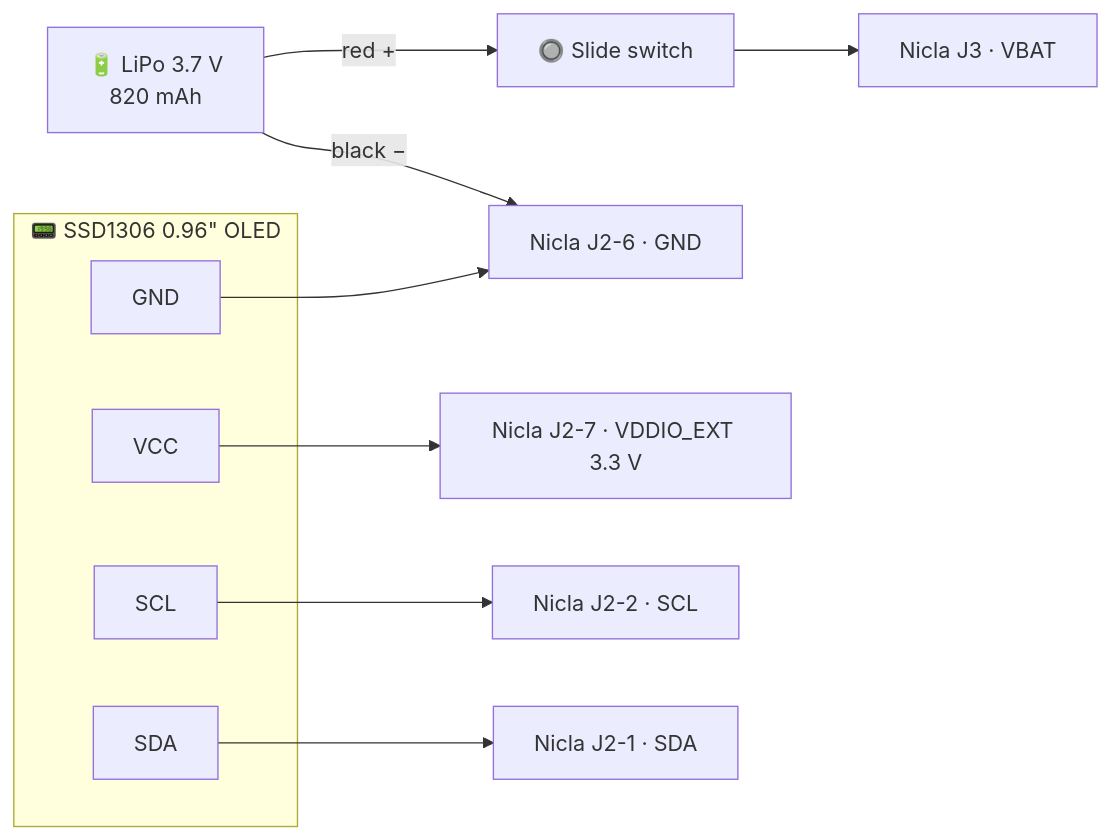
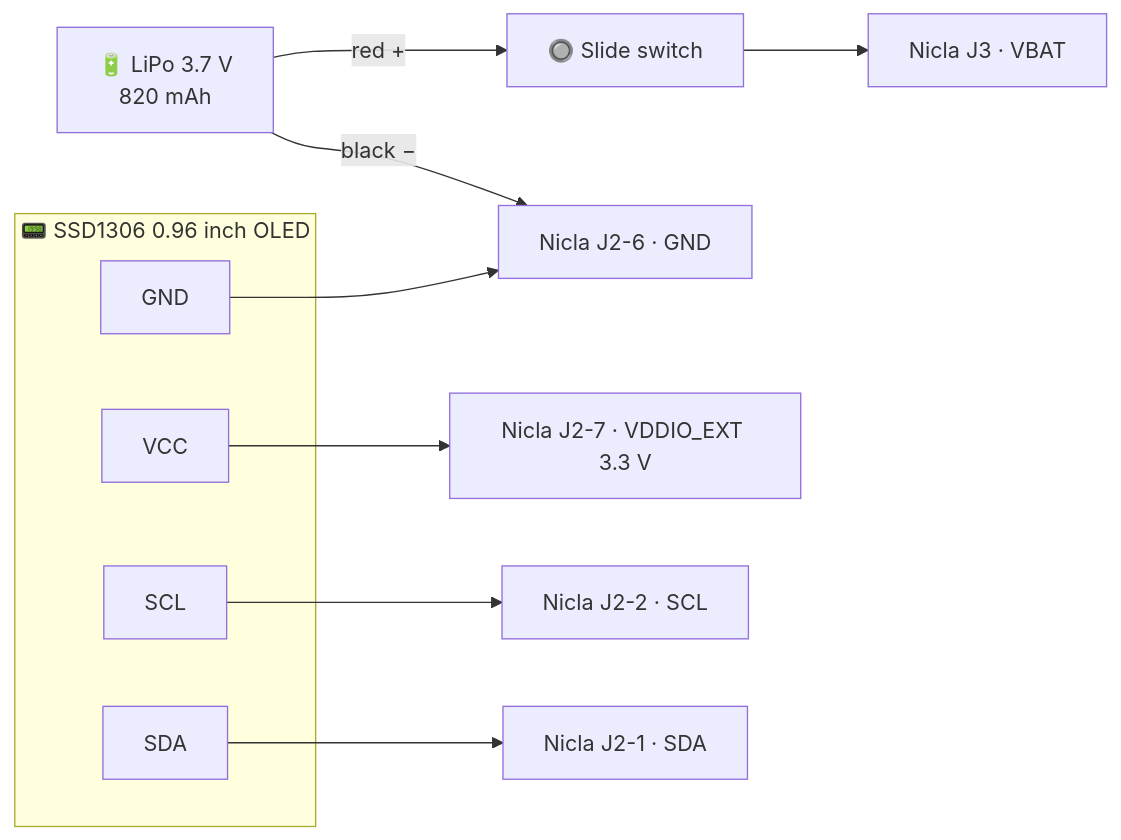
One commit to Mahinur26/Empath changed the second of 2 diagrams in README.md. Above: the diagram before and after it, drawn with Mermaid. The commit also changed other lines of this file and 4 other files, not shown here.

First line of the commit message:
Add the living brows logo to the camera page and glasses OLED, fix README wiring diagram

````diff
--- a/README.md
+++ b/README.md
@@ -122,13 +123,16 @@
 ```mermaid
 flowchart LR
     BAT["🔋 LiPo 3.7 V<br/>820 mAh"] -- red + --> SW["🔘 Slide switch"]
     SW --> VBAT["Nicla J3 · VBAT"]
     BAT -- black − --> GND["Nicla J2-6 · GND"]
-    subgraph OLED["📟 SSD1306 0.96&quot; OLED"]
-      VCC & OG["GND"] & SCL & SDA
+    subgraph OLED["📟 SSD1306 0.96 inch OLED"]
+      OV["VCC"]
+      OG["GND"]
+      OC["SCL"]
+      OD["SDA"]
     end
-    VCC --> V33["Nicla J2-7 · VDDIO_EXT 3.3 V"]
+    OV --> V33["Nicla J2-7 · VDDIO_EXT 3.3 V"]
     OG --> GND
-    SCL --> P2["Nicla J2-2 · SCL"]
-    SDA --> P1["Nicla J2-1 · SDA"]
+    OC --> P2["Nicla J2-2 · SCL"]
+    OD --> P1["Nicla J2-1 · SDA"]
 ```
````
